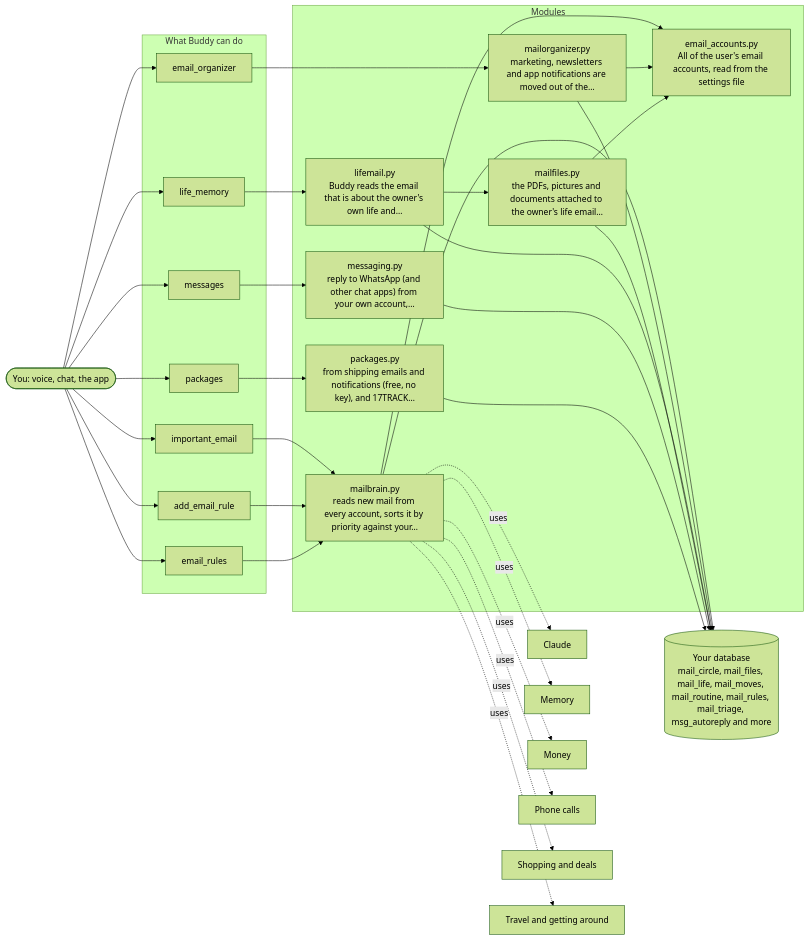
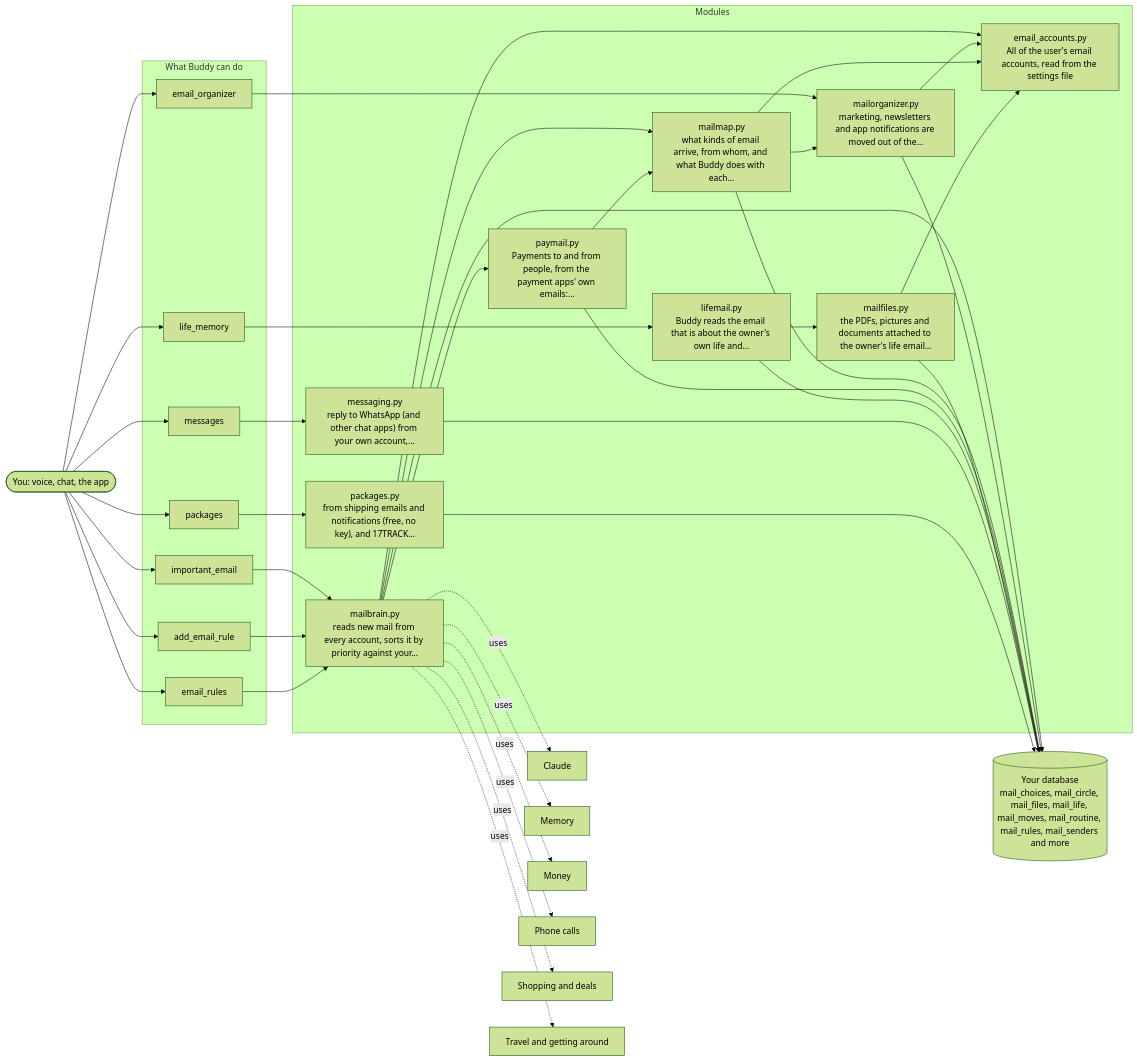
One commit to aneesh304810/BuddyAgent changed the diagram in docs/architecture/16-email-messages-and-apps.md. Above: the diagram before and after it, drawn with Mermaid (forest theme). The commit also changed other lines of this file and 19 other files, not shown here.

First line of the commit message:
Your email groups: see what kinds of email arrive and choose what Buddy does

````diff
--- a/docs/architecture/16-email-messages-and-apps.md
+++ b/docs/architecture/16-email-messages-and-apps.md
@@ -7,59 +7,68 @@
 ```mermaid
 flowchart LR
     you(["You: voice, chat, the app"])
     subgraph Tools["What Buddy can do"]
         t_important_email["important_email"]
         t_add_email_rule["add_email_rule"]
         t_email_rules["email_rules"]
         t_email_organizer["email_organizer"]
         t_life_memory["life_memory"]
         t_messages["messages"]
         t_packages["packages"]
     end
     subgraph Modules["Modules"]
         mailbrain_py["mailbrain.py<br/>reads new mail from every account, sorts it by priority against your…"]
         mailorganizer_py["mailorganizer.py<br/>marketing, newsletters and app notifications are moved out of the…"]
+        mailmap_py["mailmap.py<br/>what kinds of email arrive, from whom, and what Buddy does with each…"]
+        paymail_py["paymail.py<br/>Payments to and from people, from the payment apps' own emails:…"]
         lifemail_py["lifemail.py<br/>Buddy reads the email that is about the owner's own life and…"]
         mailfiles_py["mailfiles.py<br/>the PDFs, pictures and documents attached to the owner's life email…"]
         email_accounts_py["email_accounts.py<br/>All of the user's email accounts, read from the settings file"]
         messaging_py["messaging.py<br/>reply to WhatsApp (and other chat apps) from your own account,…"]
         packages_py["packages.py<br/>from shipping emails and notifications (free, no key), and 17TRACK…"]
     end
     you --> t_important_email
     t_important_email --> mailbrain_py
     you --> t_add_email_rule
     t_add_email_rule --> mailbrain_py
     you --> t_email_rules
     t_email_rules --> mailbrain_py
     you --> t_email_organizer
     t_email_organizer --> mailorganizer_py
     you --> t_life_memory
     t_life_memory --> lifemail_py
     you --> t_messages
     t_messages --> messaging_py
     you --> t_packages
     t_packages --> packages_py
     mailbrain_py --> email_accounts_py
+    mailbrain_py --> mailmap_py
+    mailbrain_py --> paymail_py
     mailorganizer_py --> email_accounts_py
+    mailmap_py --> email_accounts_py
+    mailmap_py --> mailorganizer_py
+    paymail_py --> mailmap_py
     lifemail_py --> mailfiles_py
     mailfiles_py --> email_accounts_py
-    db[("Your database<br/>mail_circle, mail_files, mail_life, mail_moves, mail_routine, mail_rules, mail_triage, msg_autoreply and more")]
+    db[("Your database<br/>mail_choices, mail_circle, mail_files, mail_life, mail_moves, mail_routine, mail_rules, mail_senders and more")]
     mailbrain_py --> db
     mailorganizer_py --> db
+    mailmap_py --> db
+    paymail_py --> db
     lifemail_py --> db
     mailfiles_py --> db
     messaging_py --> db
     packages_py --> db
     o_0["Claude"]
     mailbrain_py -. uses .-> o_0
     o_1["Memory"]
     mailbrain_py -. uses .-> o_1
     o_2["Money"]
     mailbrain_py -. uses .-> o_2
     o_3["Phone calls"]
     mailbrain_py -. uses .-> o_3
     o_4["Shopping and deals"]
     mailbrain_py -. uses .-> o_4
     o_5["Travel and getting around"]
     mailbrain_py -. uses .-> o_5
 ```
````
